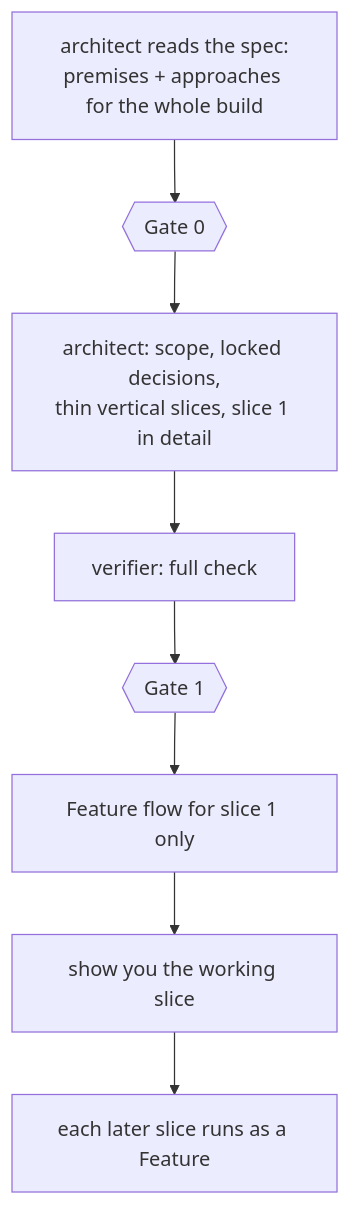
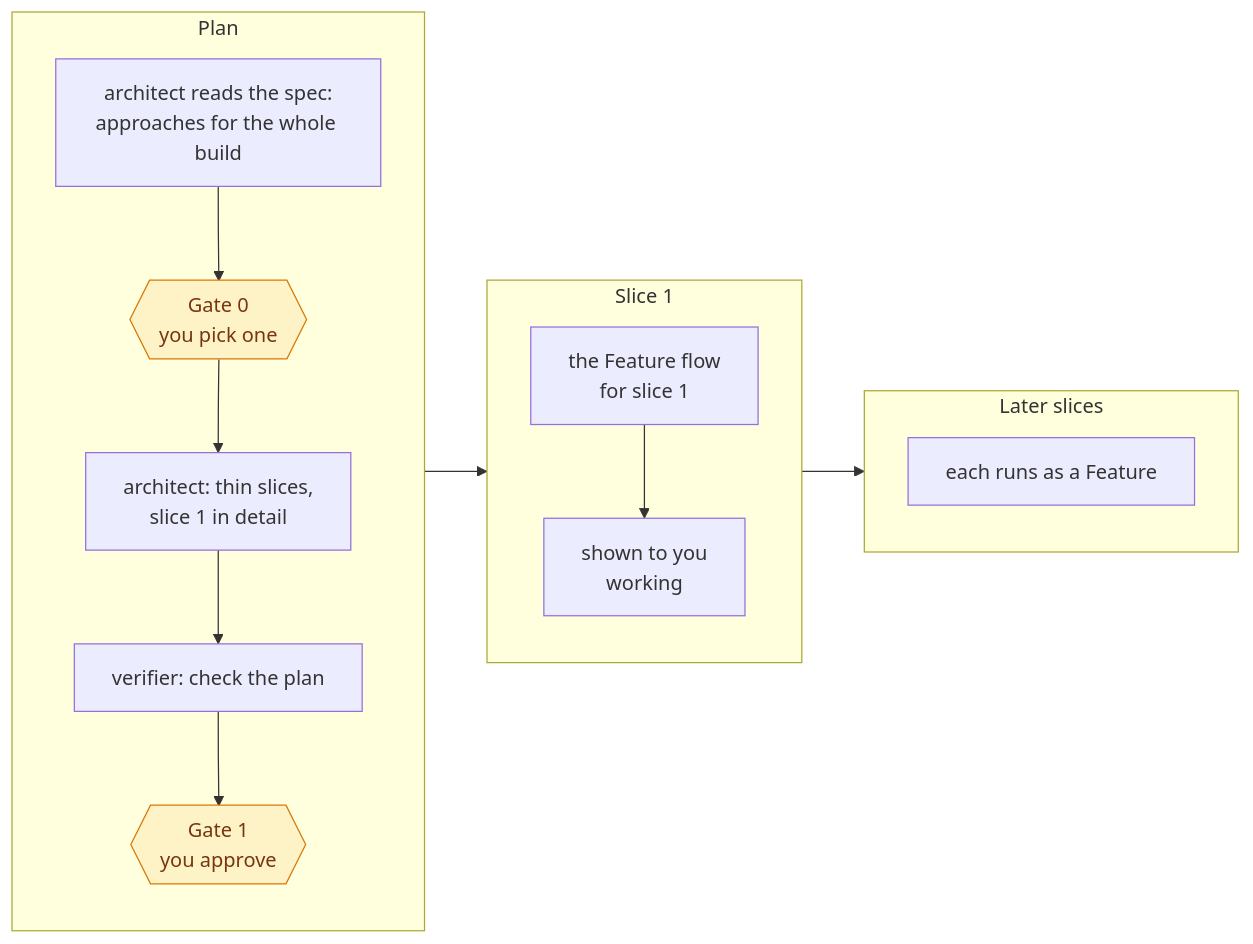
One commit to suryas91/claude-skills changed the fifth of 6 diagrams in docs/flows.md. Above: the diagram before and after it, drawn with Mermaid. The commit also changed other lines of this file and 31 other files, not shown here.

````diff
--- a/docs/flows.md
+++ b/docs/flows.md
@@ -98,9 +150,18 @@
 ```mermaid
-flowchart TD
-    A1[architect reads the spec:<br/>premises + approaches for the whole build] --> G0{{Gate 0}}
-    G0 --> A2[architect: scope, locked decisions,<br/>thin vertical slices, slice 1 in detail]
-    A2 --> FC[verifier: full check] --> G1{{Gate 1}}
-    G1 --> S1[Feature flow for slice 1 only]
-    S1 --> SHOW[show you the working slice]
-    SHOW --> NEXT[each later slice runs as a Feature]
+flowchart LR
+    subgraph P [Plan]
+        direction TB
+        A1[architect reads the spec:<br/>approaches for the whole build] --> G0{{Gate 0<br/>you pick one}} --> A2[architect: thin slices,<br/>slice 1 in detail] --> V1[verifier: check the plan] --> G1{{Gate 1<br/>you approve}}
+    end
+    subgraph B [Slice 1]
+        direction TB
+        S1[the Feature flow<br/>for slice 1] --> SHOW[shown to you<br/>working]
+    end
+    subgraph K [Later slices]
+        direction TB
+        N[each runs as a Feature]
+    end
+    P --> B --> K
+    classDef gate fill:#fef3c7,stroke:#d97706,color:#78350f
+    class G0,G1 gate
 ```
````
